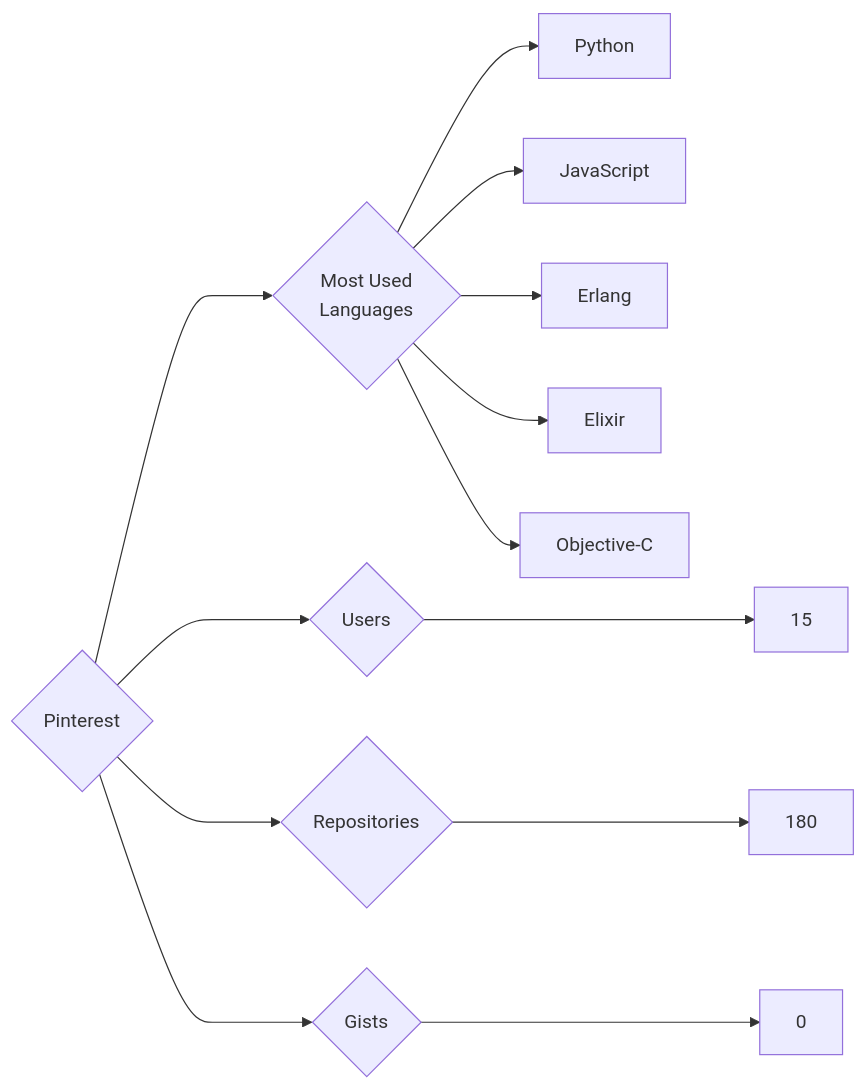
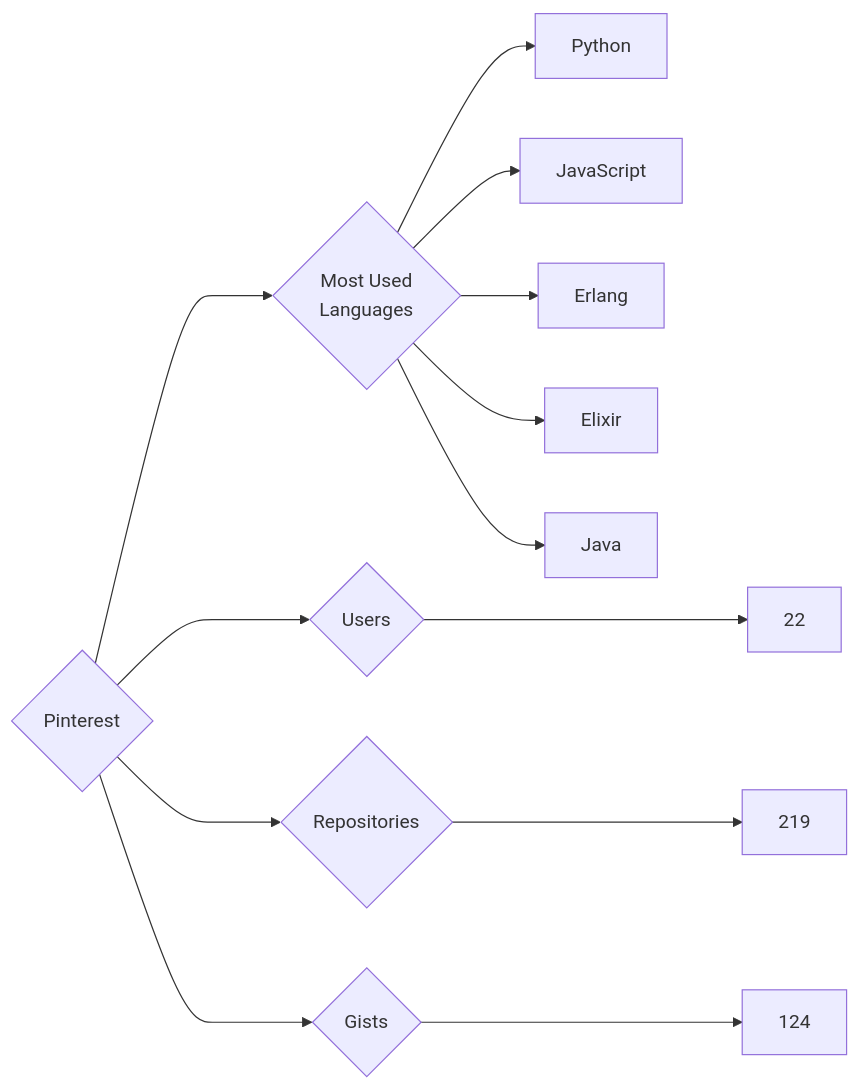
One commit to trickest/insiders changed the diagram in targets/Pinterest/README.md. Above: the diagram before and after it, drawn with Mermaid. The commit also changed 997 other files, not shown here.

````diff
--- a/targets/Pinterest/README.md
+++ b/targets/Pinterest/README.md
@@ -3,13 +3,13 @@
 ```mermaid
 graph LR
 COMPANY_NAME{Pinterest}
-COMPANY_NAME ---> U{Users} ---> UN[15]
-COMPANY_NAME ---> R{Repositories} ---> RN[180]
-COMPANY_NAME ---> G{Gists} ---> GN[0]
+COMPANY_NAME ---> U{Users} ---> UN[22]
+COMPANY_NAME ---> R{Repositories} ---> RN[219]
+COMPANY_NAME ---> G{Gists} ---> GN[124]
 COMPANY_NAME ---> ML{Most Used<br>Languages}
-ML --> Python
-ML --> JavaScript
-ML --> Erlang
-ML --> Elixir
-ML --> Objective-C
+ML --> Python[Python]
+ML --> JavaScript[JavaScript]
+ML --> Erlang[Erlang]
+ML --> Elixir[Elixir]
+ML --> Java[Java]
 ```
````
